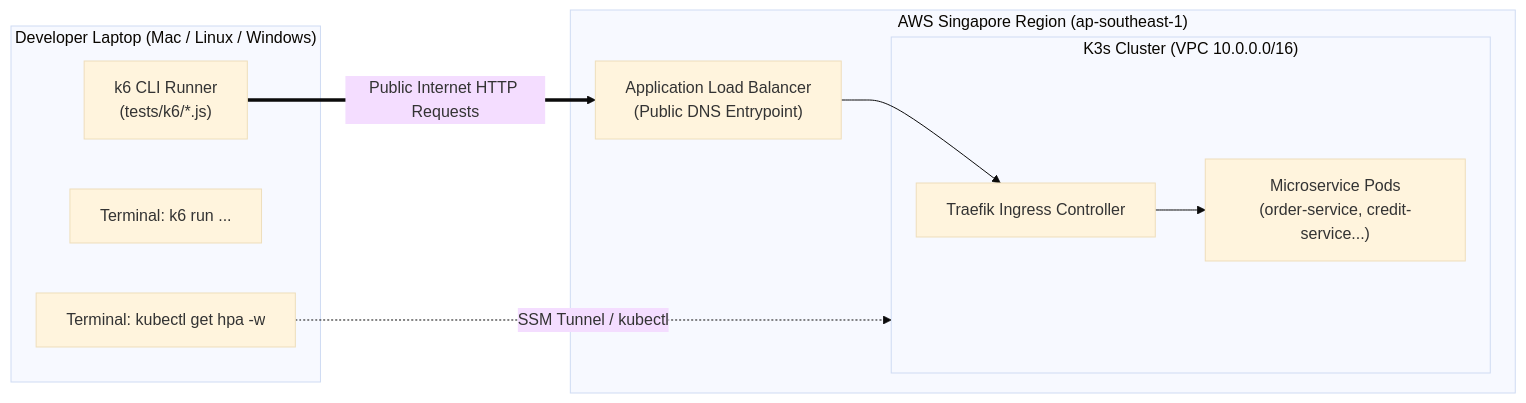
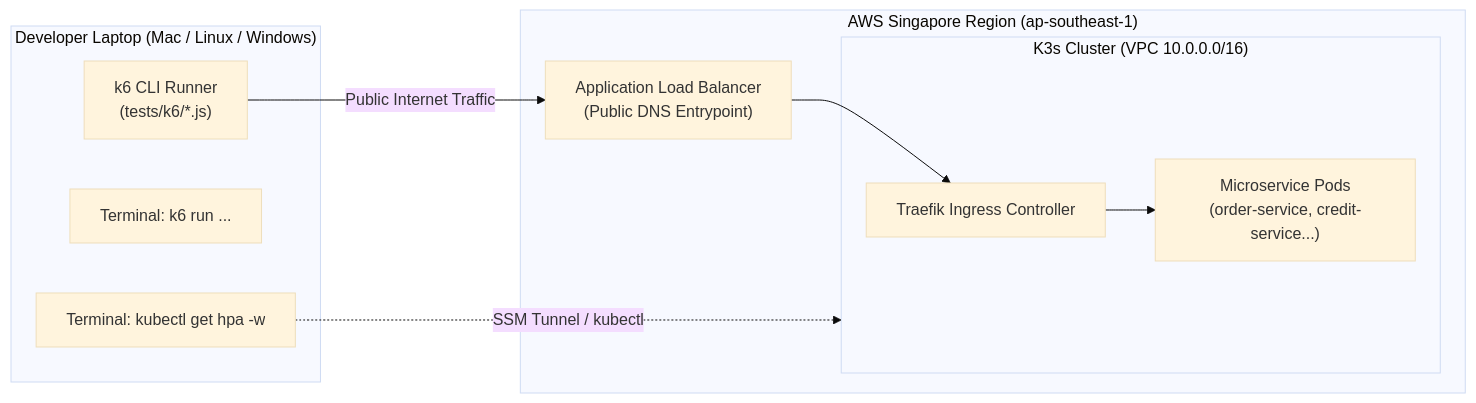
One commit to AY2627S1-CS3219-P25/friend-on-campus changed diagram 13 of 15 in docs/cloud-deployment-and-devops-guide.md. Above: the diagram before and after it, drawn with Mermaid (base theme). The commit also changed other lines of this file, not shown here.

Commit message:
fix(docs): resolve Mermaid parse error in Section 2.5 diagram and harden chart syntax

````diff
--- a/docs/cloud-deployment-and-devops-guide.md
+++ b/docs/cloud-deployment-and-devops-guide.md
@@ -1021,20 +1021,20 @@
 ```mermaid
 flowchart LR
     subgraph LocalMachine["Developer Laptop (Mac / Linux / Windows)"]
         k6["k6 CLI Runner<br/>(tests/k6/*.js)"]
         Term1["Terminal: k6 run ..."]
         Term2["Terminal: kubectl get hpa -w"]
     end
 
     subgraph AWSCloud["AWS Singapore Region (ap-southeast-1)"]
         ALB["Application Load Balancer<br/>(Public DNS Entrypoint)"]
         subgraph Cluster["K3s Cluster (VPC 10.0.0.0/16)"]
             Ingress["Traefik Ingress Controller"]
             Pods["Microservice Pods<br/>(order-service, credit-service...)"]
         end
     end
 
-    k6 ==>|"Public Internet HTTP Requests"| ALB
+    k6 -->|Public Internet Traffic| ALB
     ALB --> Ingress --> Pods
-    Term2 -.->|"SSM Tunnel / kubectl"| Cluster
+    Term2 -.->|SSM Tunnel / kubectl| Cluster
 ```
````
